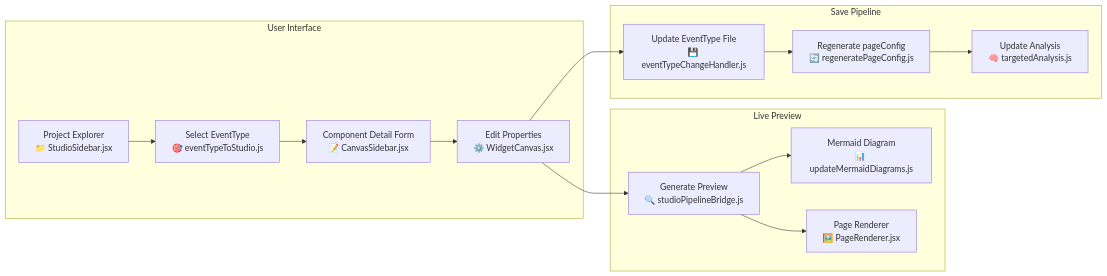
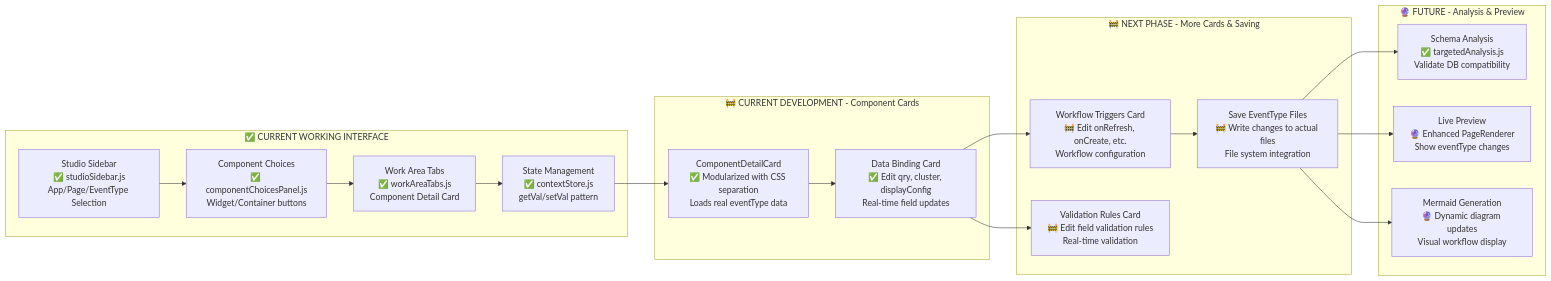
The diagram in apps/wf-studio/docs/flows/studioWorkFlow.mmd (pchambless/wf-monorepo), drawn with Mermaid before and after one commit. The commit also changed 30 other files, not shown here.

```diff
--- a/apps/wf-studio/docs/flows/studioWorkFlow.mmd
+++ b/apps/wf-studio/docs/flows/studioWorkFlow.mmd
@@ -1,18 +1,23 @@
 graph LR
-    subgraph "User Interface"
-      A["Project Explorer<br/>📁 StudioSidebar.jsx"] --> B["Select EventType<br/>🎯 eventTypeToStudio.js"]
-      B --> C["Component Detail Form<br/>📝 CanvasSidebar.jsx"]
-      C --> D["Edit Properties<br/>⚙️ WidgetCanvas.jsx"]
+    subgraph "✅ CURRENT WORKING INTERFACE"
+      A["Studio Sidebar<br/>✅ studioSidebar.js<br/>App/Page/EventType Selection"] --> B["Component Choices<br/>✅ componentChoicesPanel.js<br/>Widget/Container buttons"]
+      B --> C["Work Area Tabs<br/>✅ workAreaTabs.js<br/>Component Detail Card"]
+      C --> D["State Management<br/>✅ contextStore.js<br/>getVal/setVal pattern"]
     end
 
-    subgraph "Live Preview"
-      D --> E["Generate Preview<br/>🔍 studioPipelineBridge.js"]
-      E --> F["Mermaid Diagram<br/>📊 updateMermaidDiagrams.js"]
-      E --> G["Page Renderer<br/>🖼️ PageRenderer.jsx"]
+    subgraph "🚧 CURRENT DEVELOPMENT - Component Cards"
+      D --> E["ComponentDetailCard<br/>✅ Modularized with CSS separation<br/>Loads real eventType data"]
+      E --> F["Data Binding Card<br/>✅ Edit qry, cluster, displayConfig<br/>Real-time field updates"]
+    end
+    
+    subgraph "🚧 NEXT PHASE - More Cards & Saving"
+      F --> G["Workflow Triggers Card<br/>🚧 Edit onRefresh, onCreate, etc.<br/>Workflow configuration"]
+      F --> H["Validation Rules Card<br/>🚧 Edit field validation rules<br/>Real-time validation"]
+      G --> I["Save EventType Files<br/>🚧 Write changes to actual files<br/>File system integration"]
     end
 
-    subgraph "Save Pipeline"
-      D --> H["Update EventType File<br/>💾 eventTypeChangeHandler.js"]
-      H --> I["Regenerate pageConfig<br/>🔄 regeneratePageConfig.js"]
-      I --> J["Update Analysis<br/>🧠 targetedAnalysis.js"]
+    subgraph "🔮 FUTURE - Analysis & Preview"
+      I --> J["Schema Analysis<br/>✅ targetedAnalysis.js<br/>Validate DB compatibility"]
+      I --> K["Live Preview<br/>🔮 Enhanced PageRenderer<br/>Show eventType changes"]
+      I --> L["Mermaid Generation<br/>🔮 Dynamic diagram updates<br/>Visual workflow display"]
     end
```
